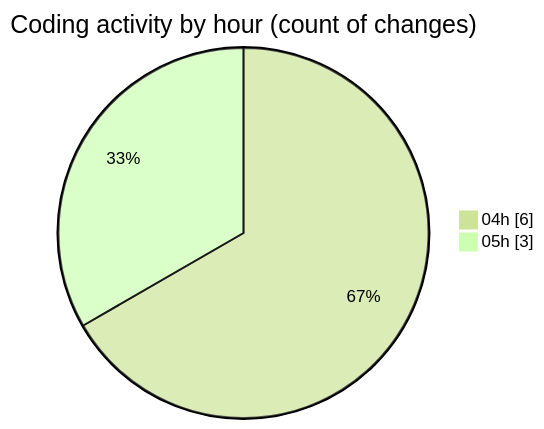
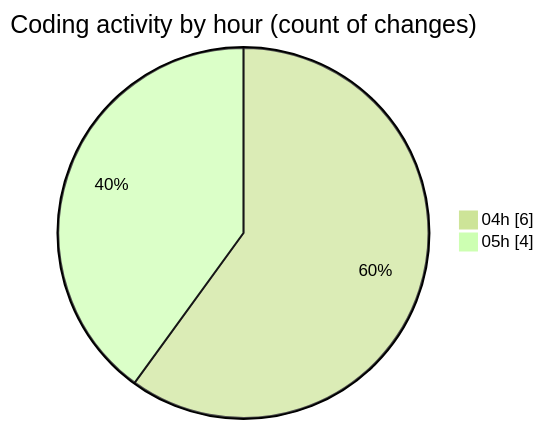
One commit to vahidmafi/code-tracking changed the second of 2 diagrams in 2025-03-23/zeytoon/README.md. Above: the diagram before and after it, drawn with Mermaid (forest theme). The commit also changed other lines of this file and 1 other file, not shown here.

````diff
--- a/2025-03-23/zeytoon/README.md
+++ b/2025-03-23/zeytoon/README.md
@@ -30,6 +32,6 @@
 ```mermaid
 pie showData
 title Coding activity by hour (count of changes)
 "04h" : 6
-"05h" : 3
+"05h" : 4
 ```
````
